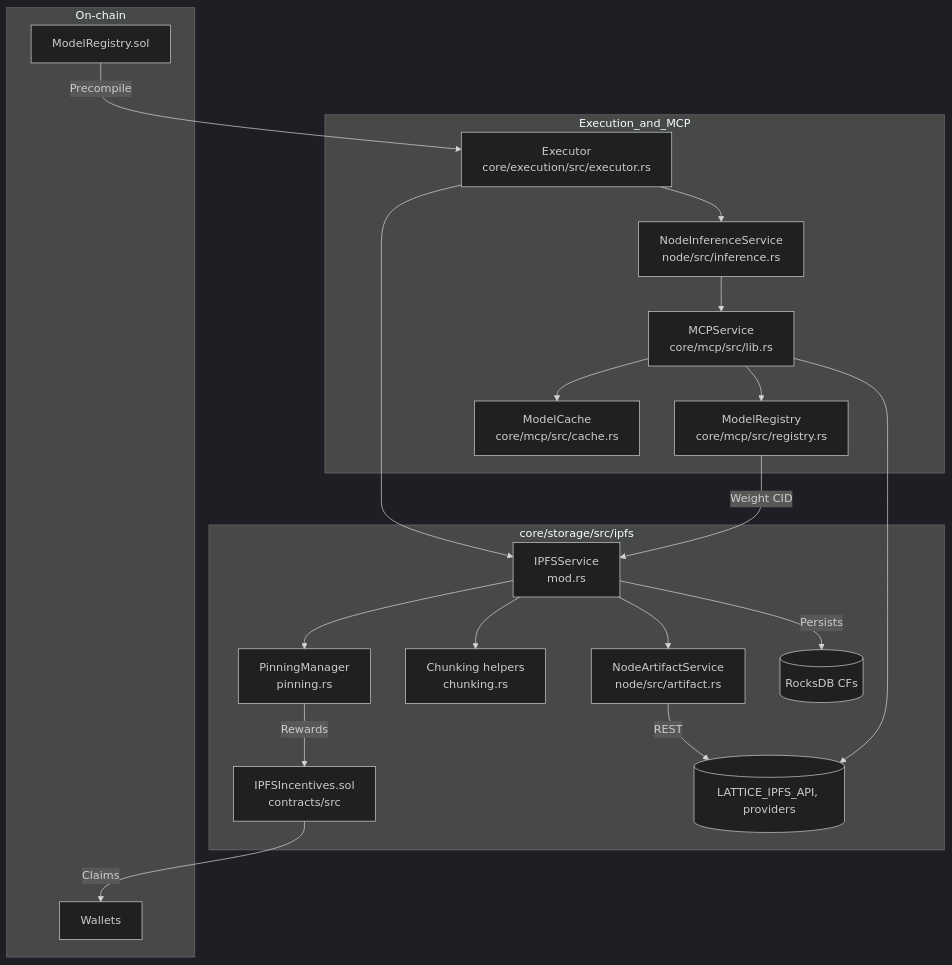
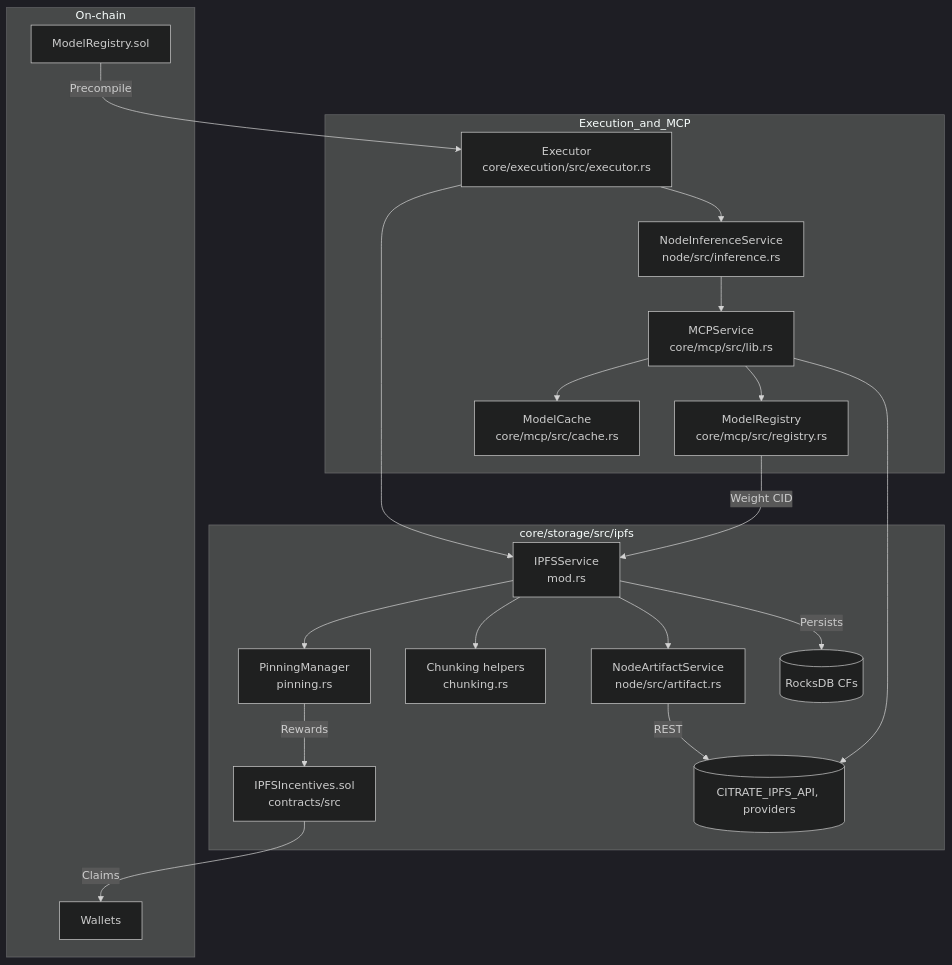
Before and after one commit to SaulBuilds/citrate: the third of 5 diagrams in README.md, drawn with Mermaid (dark theme). The commit also changed other lines of this file and 1179 other files, not shown here.

First line of the commit message:
Complete rebrand: lattice → citrate

````diff
--- a/README.md
+++ b/README.md
@@ -211,24 +211,24 @@
 ```mermaid
 flowchart TD
     subgraph Storage_and_IPFS [core/storage/src/ipfs]
         IPFSService["IPFSService\nmod.rs"] --> PinMgr["PinningManager\npinning.rs"]
         IPFSService --> Chunking["Chunking helpers\nchunking.rs"]
         IPFSService --> ArtifactSvc["NodeArtifactService\nnode/src/artifact.rs"]
         PinMgr -->|Rewards| IPFSIncentivesC["IPFSIncentives.sol\ncontracts/src"]
         IPFSService -->|Persists| RocksDB[(RocksDB CFs)]
-        ArtifactSvc -->|REST| IPFSEndpoints[(LATTICE_IPFS_API, providers)]
+        ArtifactSvc -->|REST| IPFSEndpoints[(CITRATE_IPFS_API, providers)]
     end
     subgraph Execution_and_MCP
         Executor["Executor\ncore/execution/src/executor.rs"] --> IPFSService
         Executor --> InferenceSvc["NodeInferenceService\nnode/src/inference.rs"]
         InferenceSvc --> MCPService["MCPService\ncore/mcp/src/lib.rs"]
         MCPService --> ModelRegistry["ModelRegistry\ncore/mcp/src/registry.rs"]
         MCPService --> ModelCache["ModelCache\ncore/mcp/src/cache.rs"]
     end
     subgraph On-chain
         ModelRegistrySol["ModelRegistry.sol"] -->|Precompile| Executor
         IPFSIncentivesC -->|Claims| Wallets
     end
     ModelRegistry -->|Weight CID| IPFSService
     MCPService --> IPFSEndpoints
 ```
````
